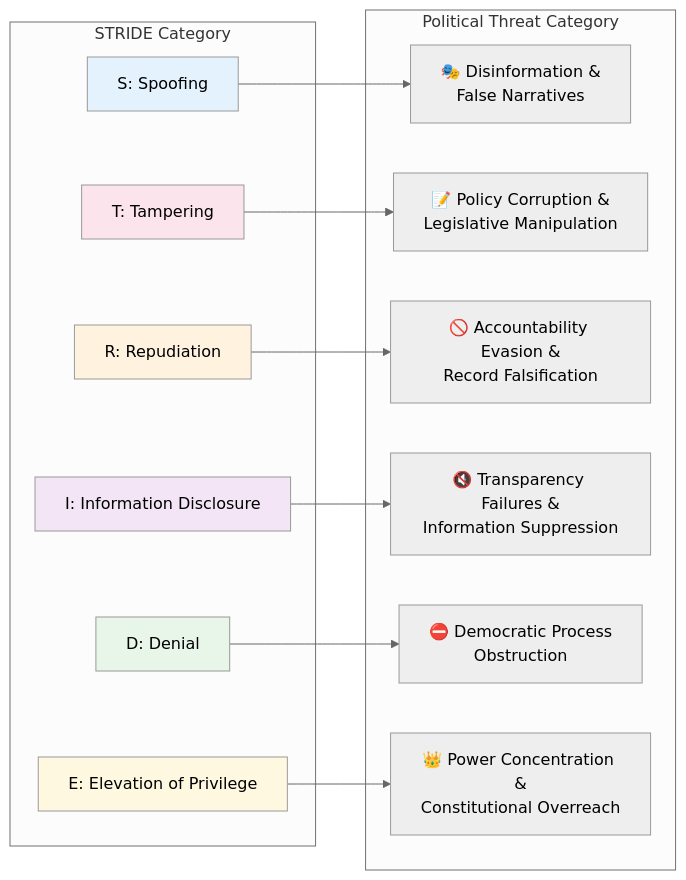
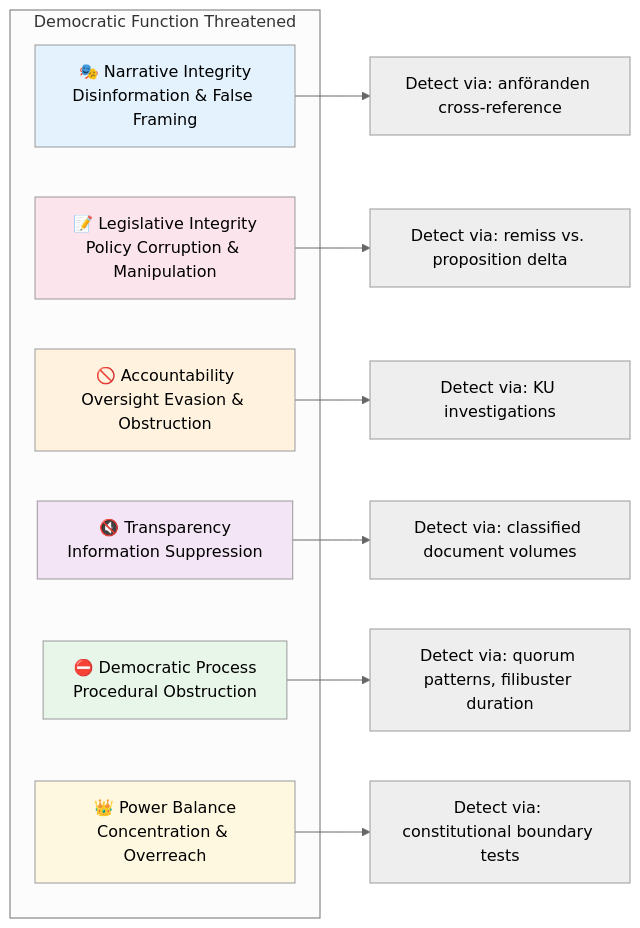
Before and after one commit to Hack23/riksdagsmonitor: the fifth of 9 diagrams in analysis/methodologies/political-threat-framework.md, drawn with Mermaid (neutral theme). The commit also changed other lines of this file and 5 other files, not shown here.

First line of the commit message:
Remove ALL STRIDE/PRIDES references — replace with Political Threat Taxonomy in methodologies, templates, and prompts

````diff
--- a/analysis/methodologies/political-threat-framework.md
+++ b/analysis/methodologies/political-threat-framework.md
@@ -238,34 +236,25 @@
 ```mermaid
 graph LR
-    subgraph "STRIDE Category"
-        S[S: Spoofing]
-        T[T: Tampering]
-        R[R: Repudiation]
-        I[I: Information Disclosure]
-        D[D: Denial]
-        E[E: Elevation of Privilege]
+    subgraph "Democratic Function Threatened"
+        P1[🎭 Narrative Integrity<br/>Disinformation & False Framing]
+        P2[📝 Legislative Integrity<br/>Policy Corruption & Manipulation]
+        P3[🚫 Accountability<br/>Oversight Evasion & Obstruction]
+        P4[🔇 Transparency<br/>Information Suppression]
+        P5[⛔ Democratic Process<br/>Procedural Obstruction]
+        P6[👑 Power Balance<br/>Concentration & Overreach]
     end
-    
-    subgraph "Political Threat Category"
-        P1[🎭 Disinformation &<br/>False Narratives]
-        P2[📝 Policy Corruption &<br/>Legislative Manipulation]
-        P3[🚫 Accountability Evasion &<br/>Record Falsification]
-        P4[🔇 Transparency Failures &<br/>Information Suppression]
-        P5[⛔ Democratic Process<br/>Obstruction]
-        P6[👑 Power Concentration &<br/>Constitutional Overreach]
-    end
-    
-    S --> P1
-    T --> P2
-    R --> P3
-    I --> P4
-    D --> P5
-    E --> P6
-    
-    style S fill:#e3f2fd
-    style T fill:#fce4ec
-    style R fill:#fff3e0
-    style I fill:#f3e5f5
-    style D fill:#e8f5e9
-    style E fill:#fff8e1
+
+    P1 --> D1["Detect via: anföranden cross-reference"]
+    P2 --> D2["Detect via: remiss vs. proposition delta"]
+    P3 --> D3["Detect via: KU investigations"]
+    P4 --> D4["Detect via: classified document volumes"]
+    P5 --> D5["Detect via: quorum patterns, filibuster duration"]
+    P6 --> D6["Detect via: constitutional boundary tests"]
+
+    style P1 fill:#e3f2fd
+    style P2 fill:#fce4ec
+    style P3 fill:#fff3e0
+    style P4 fill:#f3e5f5
+    style P5 fill:#e8f5e9
+    style P6 fill:#fff8e1
 ```
````
